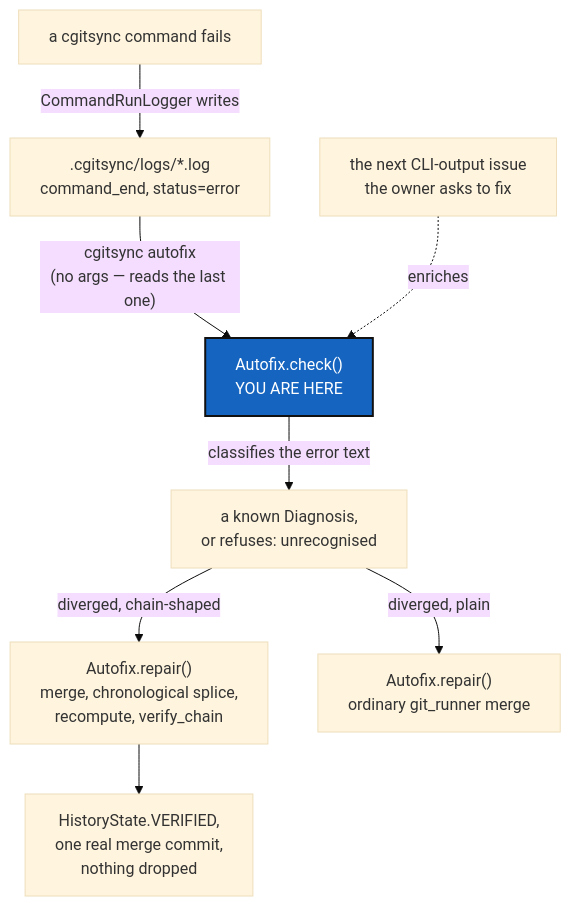
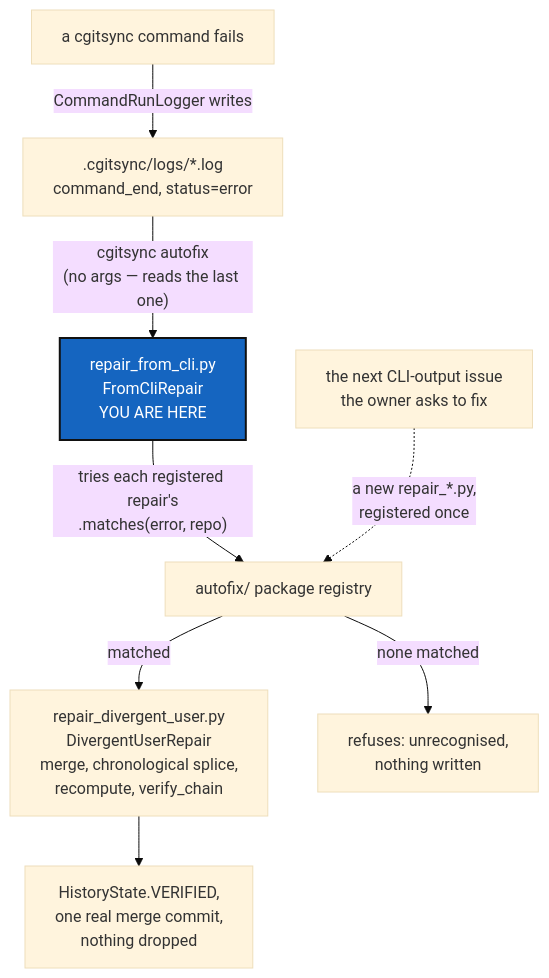
One commit to flipoyo/.localSpec changed the diagram in DevTickets/openTickets/main_1-1_Autofix_DevPlanTicket.md. Above: the diagram before and after it, drawn with Mermaid (base theme). The commit also changed other lines of this file and 1 other file, not shown here.

Commit message:
cgitsync3.0.0 autofix ticket more accurate

````diff
--- a/DevTickets/openTickets/main_1-1_Autofix_DevPlanTicket.md
+++ b/DevTickets/openTickets/main_1-1_Autofix_DevPlanTicket.md
@@ -86,13 +106,13 @@
 ```mermaid
 graph TD
     CMD["a cgitsync command fails"] -->|"CommandRunLogger writes"| LOG[".cgitsync/logs/*.log<br/>command_end, status=error"]
-    LOG -->|"cgitsync autofix<br/>(no args — reads the last one)"| CHECK["Autofix.check()<br/>YOU ARE HERE"]
-    CHECK -->|"classifies the error text"| SIT["a known Diagnosis,<br/>or refuses: unrecognised"]
-    SIT -->|"diverged, chain-shaped"| REPAIR["Autofix.repair()<br/>merge, chronological splice,<br/>recompute, verify_chain"]
-    SIT -->|"diverged, plain"| PLAIN["Autofix.repair()<br/>ordinary git_runner merge"]
-    REPAIR --> CLEAN["HistoryState.VERIFIED,<br/>one real merge commit,<br/>nothing dropped"]
-    NEXT["the next CLI-output issue<br/>the owner asks to fix"] -.->|"enriches"| CHECK
+    LOG -->|"cgitsync autofix<br/>(no args — reads the last one)"| DISP["repair_from_cli.py<br/>FromCliRepair<br/>YOU ARE HERE"]
+    DISP -->|"tries each registered repair's<br/>.matches(error, repo)"| REG["autofix/ package registry"]
+    REG -->|"matched"| DU["repair_divergent_user.py<br/>DivergentUserRepair<br/>merge, chronological splice,<br/>recompute, verify_chain"]
+    REG -->|"none matched"| UNREC["refuses: unrecognised,<br/>nothing written"]
+    DU --> CLEAN["HistoryState.VERIFIED,<br/>one real merge commit,<br/>nothing dropped"]
+    NEXT["the next CLI-output issue<br/>the owner asks to fix"] -.->|"a new repair_*.py,<br/>registered once"| REG
 
     classDef here fill:#1565C0,color:#fff,stroke:#111,stroke-width:2px;
-    class CHECK here;
+    class DISP here;
 ```
````
